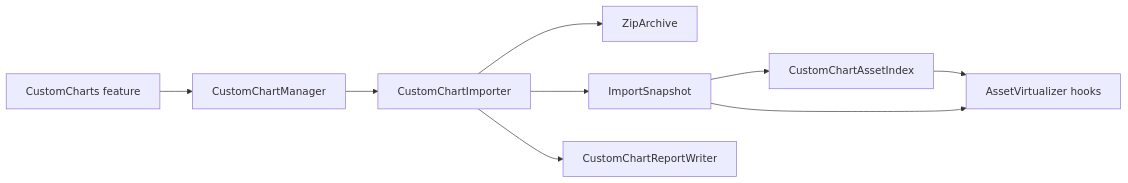
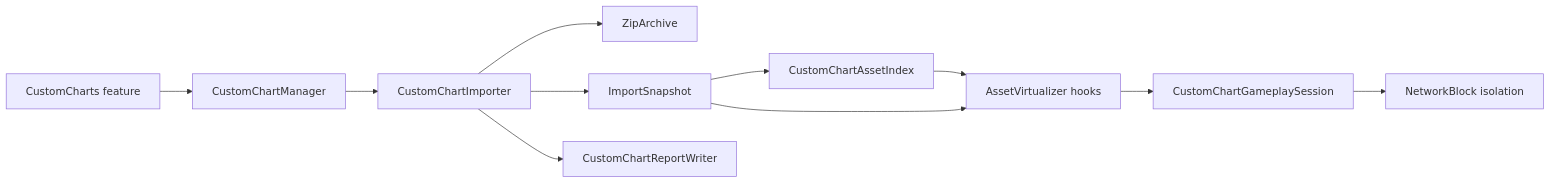
The diagram in docs/architecture/custom-chart-importer.md (RinOfficial0615/ArcHelperModule), drawn with Mermaid before and after one commit. The commit also changed other lines of this file and 45 other files, not shown here.

First line of the commit message:
fix: play custom Beyond charts and isolate gameplay traffic

````diff
--- a/docs/architecture/custom-chart-importer.md
+++ b/docs/architecture/custom-chart-importer.md
@@ -9,11 +9,13 @@
 ```mermaid
 flowchart LR
     F[CustomCharts feature] --> M[CustomChartManager]
     M --> I[CustomChartImporter]
     I --> Z[ZipArchive]
     I --> S[ImportSnapshot]
     S --> A[CustomChartAssetIndex]
     I --> R[CustomChartReportWriter]
     A --> H[AssetVirtualizer hooks]
     S --> H
+    H --> G[CustomChartGameplaySession]
+    G --> N[NetworkBlock isolation]
 ```
````
